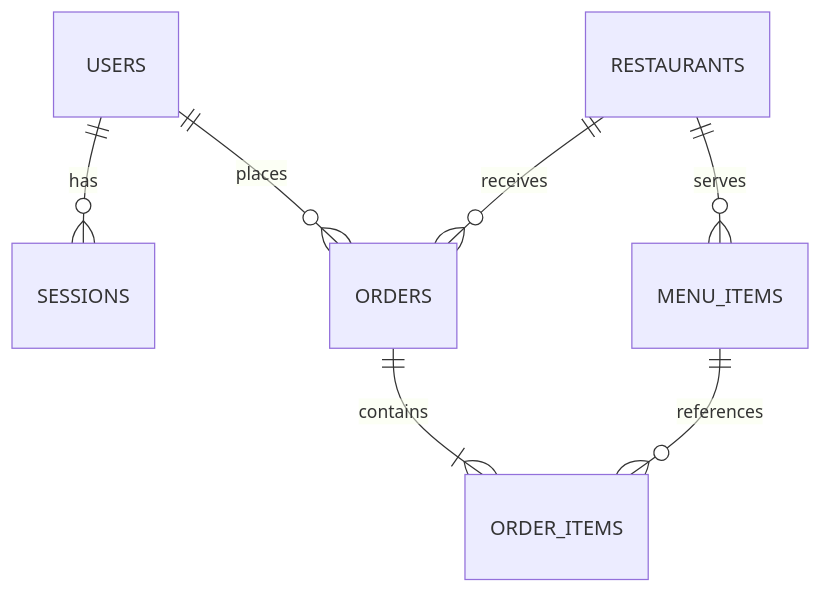
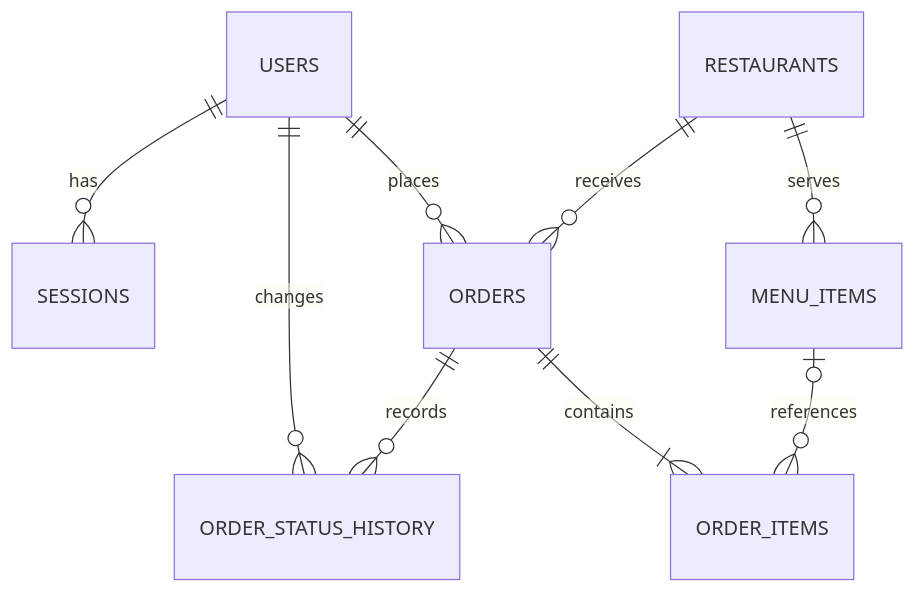
The diagram in README.md (sieuno3o/delivery-app-final-project), drawn with Mermaid before and after one commit. The commit also changed other lines of this file and 18 other files, not shown here.

Commit message:
feat: add database schema and seed data

````diff
--- a/README.md
+++ b/README.md
@@ -56,9 +56,11 @@
 ```mermaid
 erDiagram
     USERS ||--o{ SESSIONS : has
     USERS ||--o{ ORDERS : places
+    USERS ||--o{ ORDER_STATUS_HISTORY : changes
     RESTAURANTS ||--o{ MENU_ITEMS : serves
     RESTAURANTS ||--o{ ORDERS : receives
     ORDERS ||--|{ ORDER_ITEMS : contains
-    MENU_ITEMS ||--o{ ORDER_ITEMS : references
+    ORDERS ||--o{ ORDER_STATUS_HISTORY : records
+    MENU_ITEMS o|--o{ ORDER_ITEMS : references
 ```
````
